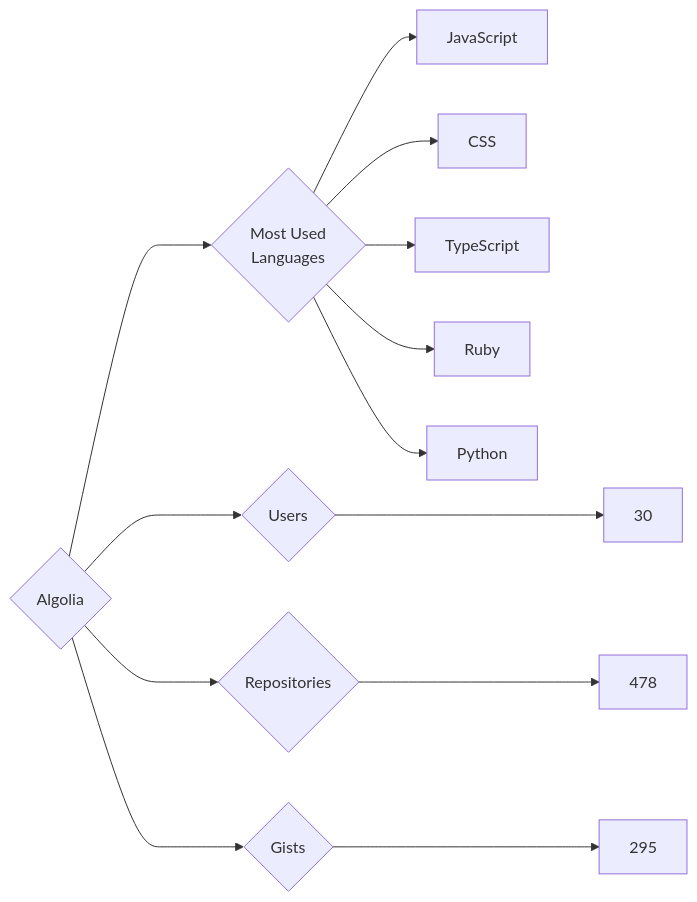
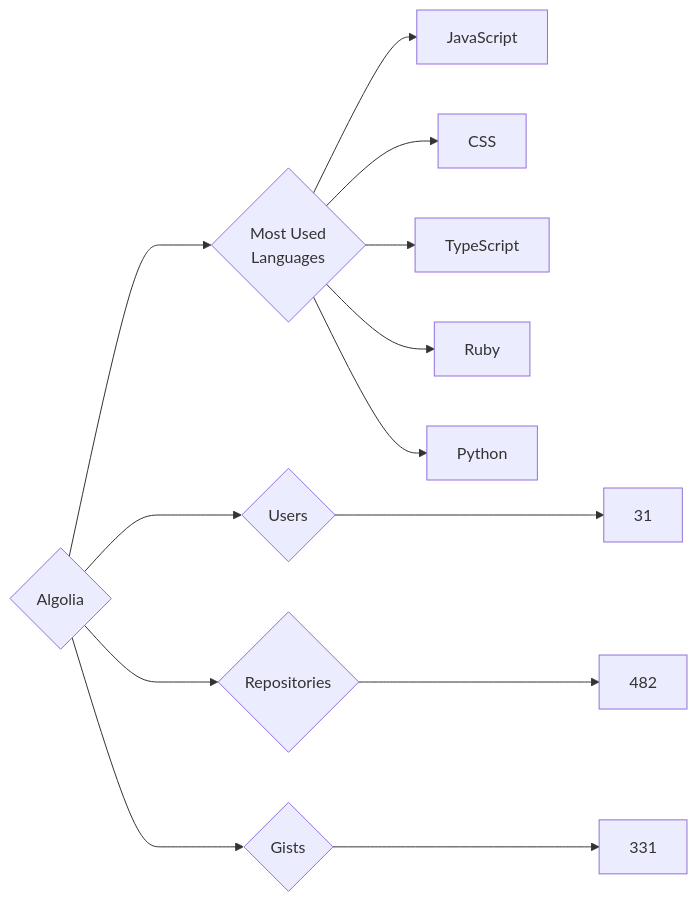
Before and after one commit to trickest/insiders: the diagram in targets/Algolia/README.md, drawn with Mermaid. The commit also changed 681 other files, not shown here.

````diff
--- a/targets/Algolia/README.md
+++ b/targets/Algolia/README.md
@@ -3,13 +3,13 @@
 ```mermaid
 graph LR
 COMPANY_NAME{Algolia}
-COMPANY_NAME ---> U{Users} ---> UN[30]
-COMPANY_NAME ---> R{Repositories} ---> RN[478]
-COMPANY_NAME ---> G{Gists} ---> GN[295]
+COMPANY_NAME ---> U{Users} ---> UN[31]
+COMPANY_NAME ---> R{Repositories} ---> RN[482]
+COMPANY_NAME ---> G{Gists} ---> GN[331]
 COMPANY_NAME ---> ML{Most Used<br>Languages}
 ML --> JavaScript[JavaScript]
 ML --> CSS[CSS]
 ML --> TypeScript[TypeScript]
 ML --> Ruby[Ruby]
 ML --> Python[Python]
 ```
````
